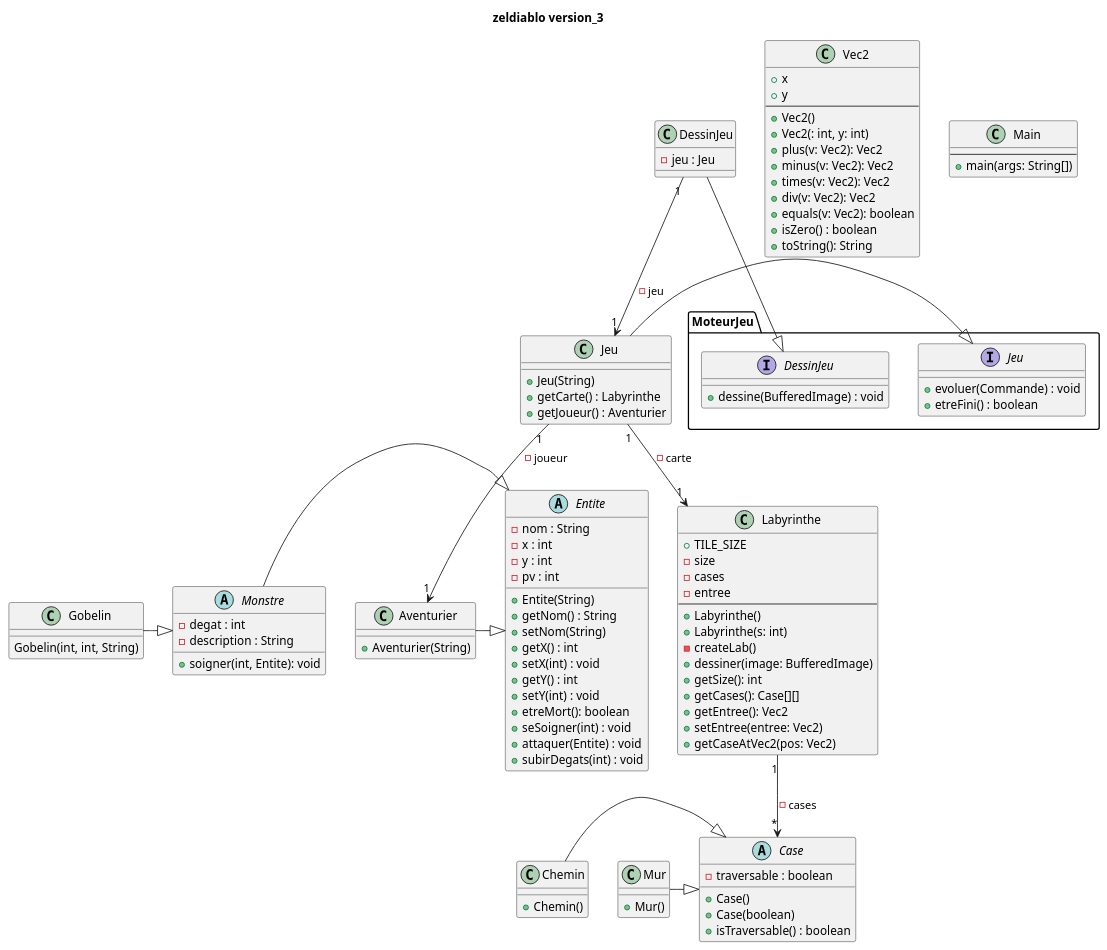
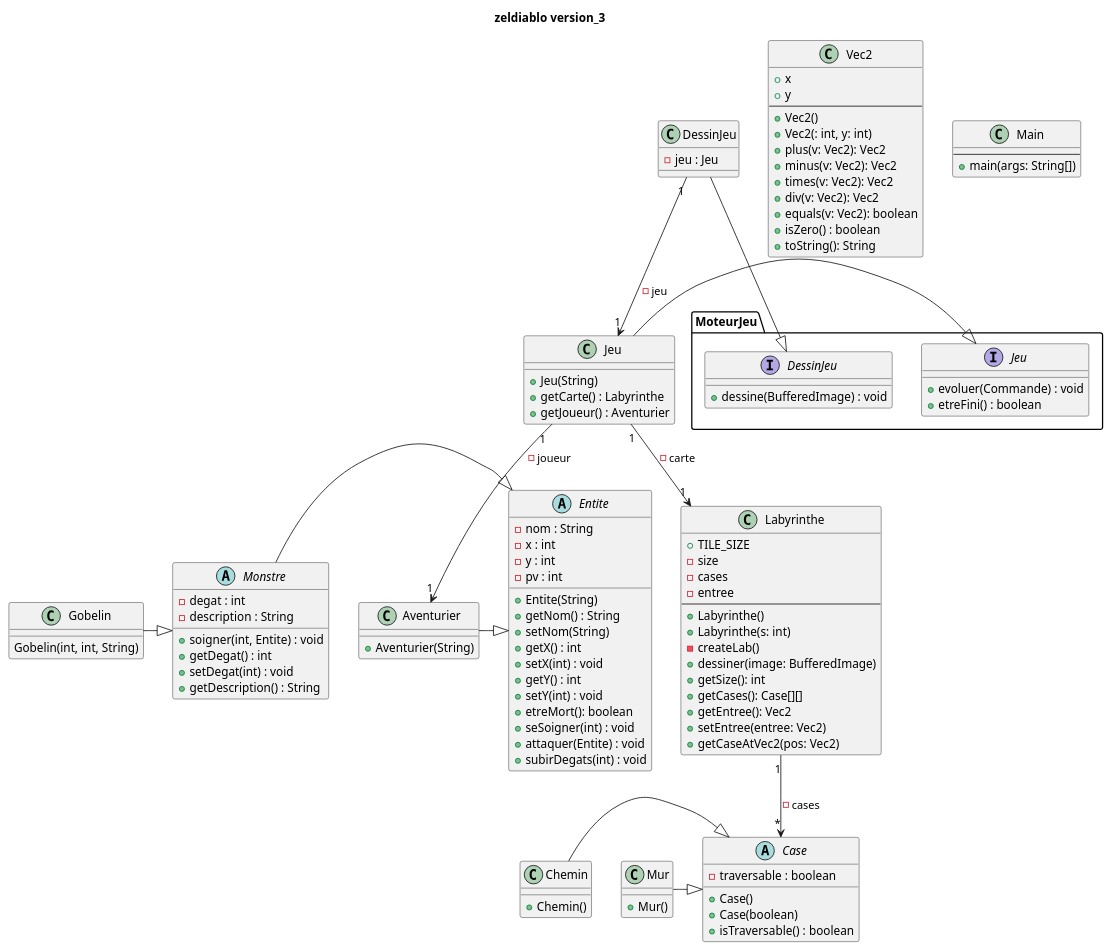
One commit to toxicbloud/Zeldiablo changed the diagram in documents/version_3/diagramme_classe_version_3.puml. Above: the diagram before and after it, drawn with PlantUML. The commit also changed 2 other files, not shown here.

Commit message:
modification diagramme classe pour get/set de la classe monstre

```diff
--- a/documents/version_3/diagramme_classe_version_3.puml
+++ b/documents/version_3/diagramme_classe_version_3.puml
@@ -1,129 +1,132 @@
 @startuml
 title zeldiablo version_3
 
 class Jeu{
 
     + Jeu(String)
     + getCarte() : Labyrinthe
     + getJoueur() : Aventurier
 }
 
 abstract class Case{
     - traversable : boolean
     + Case()
     + Case(boolean)
     + isTraversable() : boolean
 }
 
 class Chemin{
 
     + Chemin()
 }
 
 class Mur{
 
     + Mur()
 }
 
 class Labyrinthe {
     + TILE_SIZE
     - size
     - cases
     - entree
     --
     + Labyrinthe()
     + Labyrinthe(s: int)
     - createLab()
     + dessiner(image: BufferedImage)
     + getSize(): int
     + getCases(): Case[][]
     + getEntree(): Vec2
     + setEntree(entree: Vec2)
     + getCaseAtVec2(pos: Vec2)
 }
 
 class Vec2 {
     + x
     + y
     --
     + Vec2()
     + Vec2(: int, y: int)
     + plus(v: Vec2): Vec2
     + minus(v: Vec2): Vec2
     + times(v: Vec2): Vec2
     + div(v: Vec2): Vec2
     + equals(v: Vec2): boolean
     + isZero() : boolean
     + toString(): String
 }
 
 
 
 abstract class Entite{
 
     - nom : String
     - x : int
     - y : int
     - pv : int
 
     + Entite(String)
     + getNom() : String
     + setNom(String)
     + getX() : int
     + setX(int) : void
     + getY() : int
     + setY(int) : void
     + etreMort(): boolean
     + seSoigner(int) : void
     + attaquer(Entite) : void
     + subirDegats(int) : void
 
 }
 
 abstract Monstre{
     - degat : int
     - description : String
 
-    + soigner(int, Entite): void
+    + soigner(int, Entite) : void
+    + getDegat() : int
+    + setDegat(int) : void
+    + getDescription() : String
 }
 
 class Gobelin{
 
     Gobelin(int, int, String)
 }
 
 class Aventurier{
     + Aventurier(String)
 }
 
 class DessinJeu{
     - jeu : Jeu
 }
 
 class Main{
     --
     + main(args: String[])
 }
 
 interface MoteurJeu.DessinJeu{
     + dessine(BufferedImage) : void
 }
 
 interface MoteurJeu.Jeu{
     + evoluer(Commande) : void
     + etreFini() : boolean
 }
 
 
 Labyrinthe "1" --> "*" Case : - cases
 Chemin -|> Case
 Mur -|> Case
 Jeu -|> MoteurJeu.Jeu
 DessinJeu -|> MoteurJeu.DessinJeu
 Aventurier -|> Entite
 Monstre -|> Entite
 Gobelin -|> Monstre
 Jeu "1" --> "1" Labyrinthe : - carte
 Jeu "1" --> "1" Aventurier : - joueur
 DessinJeu "1" --> "1" Jeu : - jeu
 @enduml
```
